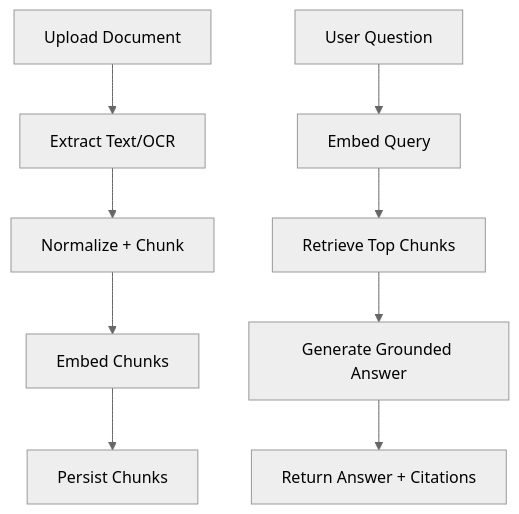
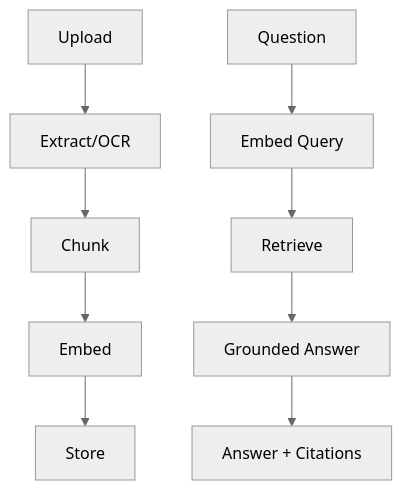
One commit to Web8080/ai_due_deligence_for_real_estate_operating_system changed the fourth of 5 diagrams in README.md. Above: the diagram before and after it, drawn with Mermaid (neutral theme). The commit also changed other lines of this file and 1 other file, not shown here.

First line of the commit message:
docs: add dashboard screenshot and refresh README (business value, arch diagrams, flowcharts)

````diff
--- a/README.md
+++ b/README.md
@@ -84,11 +135,11 @@
 ```mermaid
 flowchart TD
-  A[Upload Document] --> B[Extract Text/OCR]
-  B --> C[Normalize + Chunk]
-  C --> D[Embed Chunks]
-  D --> E[Persist Chunks]
-  F[User Question] --> G[Embed Query]
-  G --> H[Retrieve Top Chunks]
-  H --> I[Generate Grounded Answer]
-  I --> J[Return Answer + Citations]
+  A[Upload] --> B[Extract/OCR]
+  B --> C[Chunk]
+  C --> D[Embed]
+  D --> E[Store]
+  F[Question] --> G[Embed Query]
+  G --> H[Retrieve]
+  H --> I[Grounded Answer]
+  I --> J[Answer + Citations]
 ```
````
